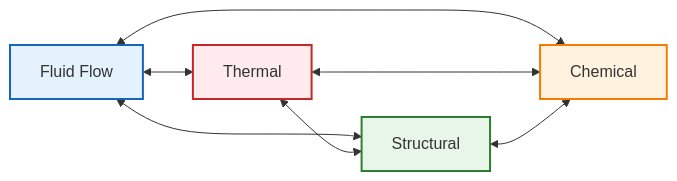
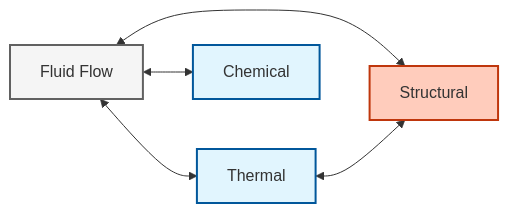
The first of 2 diagrams in MODULE_06_ADVANCED_PHYSICS/CONTENT/02_COUPLED_PHYSICS/00_Coupled_Physics_Fundamentals.md (wramet/build-my-cfd), drawn with Mermaid before and after one commit. The commit also changed other lines of this file and 313 other files, not shown here.

Commit message:
Revise all diagram

````diff
--- a/MODULE_06_ADVANCED_PHYSICS/CONTENT/02_COUPLED_PHYSICS/00_Coupled_Physics_Fundamentals.md
+++ b/MODULE_06_ADVANCED_PHYSICS/CONTENT/02_COUPLED_PHYSICS/00_Coupled_Physics_Fundamentals.md
@@ -14,14 +14,16 @@
 ```mermaid
 graph LR
-    F[Fluid Flow] <--> T[Thermal]
-    F <--> S[Structural]
-    F <--> C[Chemical]
-    T <--> S
-    T <--> C
-    S <--> C
-
-    style F fill:#e3f2fd,stroke:#1565c0,stroke-width:2px
-    style T fill:#ffebee,stroke:#c62828,stroke-width:2px
-    style S fill:#e8f5e9,stroke:#2e7d32,stroke-width:2px
-    style C fill:#fff3e0,stroke:#f57c00,stroke-width:2px
+    classDef implicit fill:#e1f5fe,stroke:#01579b,stroke-width:2px
+    classDef explicit fill:#ffccbc,stroke:#bf360c,stroke-width:2px
+    classDef context fill:#f5f5f5,stroke:#616161,stroke-width:2px
+    
+    Fluid["Fluid Flow"]:::context
+    Therm["Thermal"]:::implicit
+    Struct["Structural"]:::explicit
+    Chem["Chemical"]:::implicit
+    
+    Fluid <--> Therm
+    Fluid <--> Struct
+    Fluid <--> Chem
+    Therm <--> Struct
 ```
````
